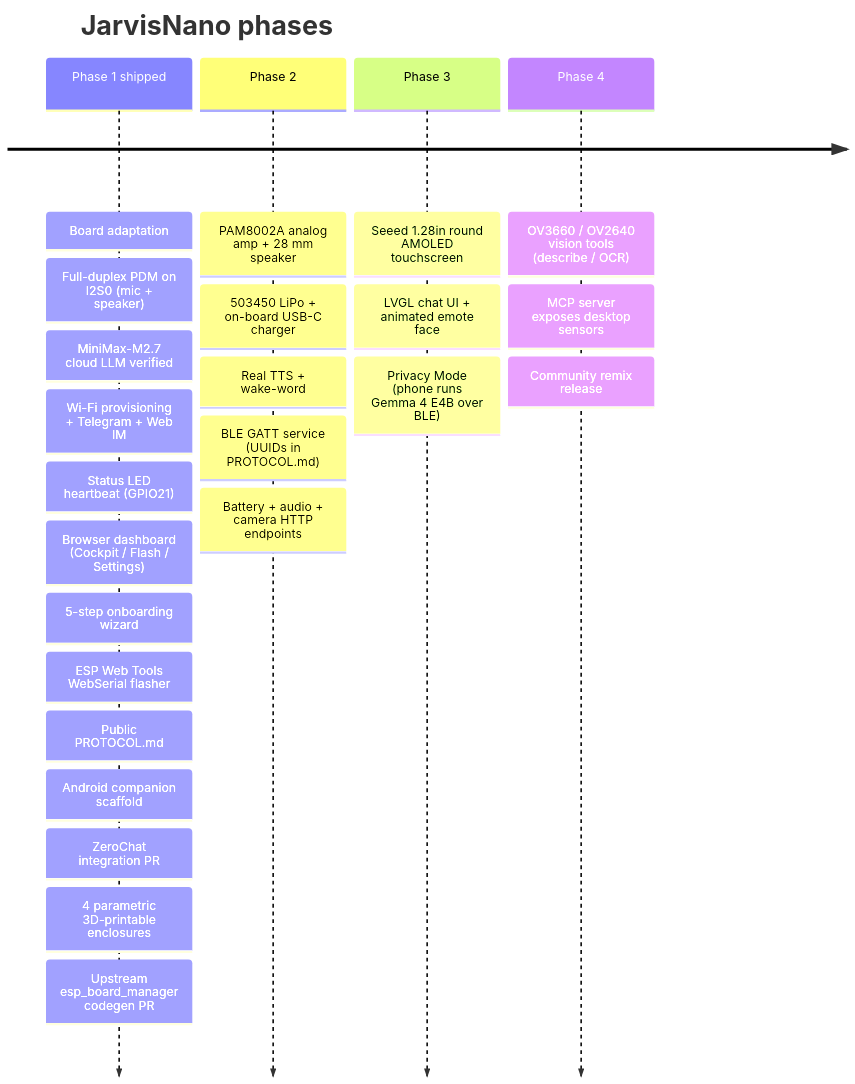
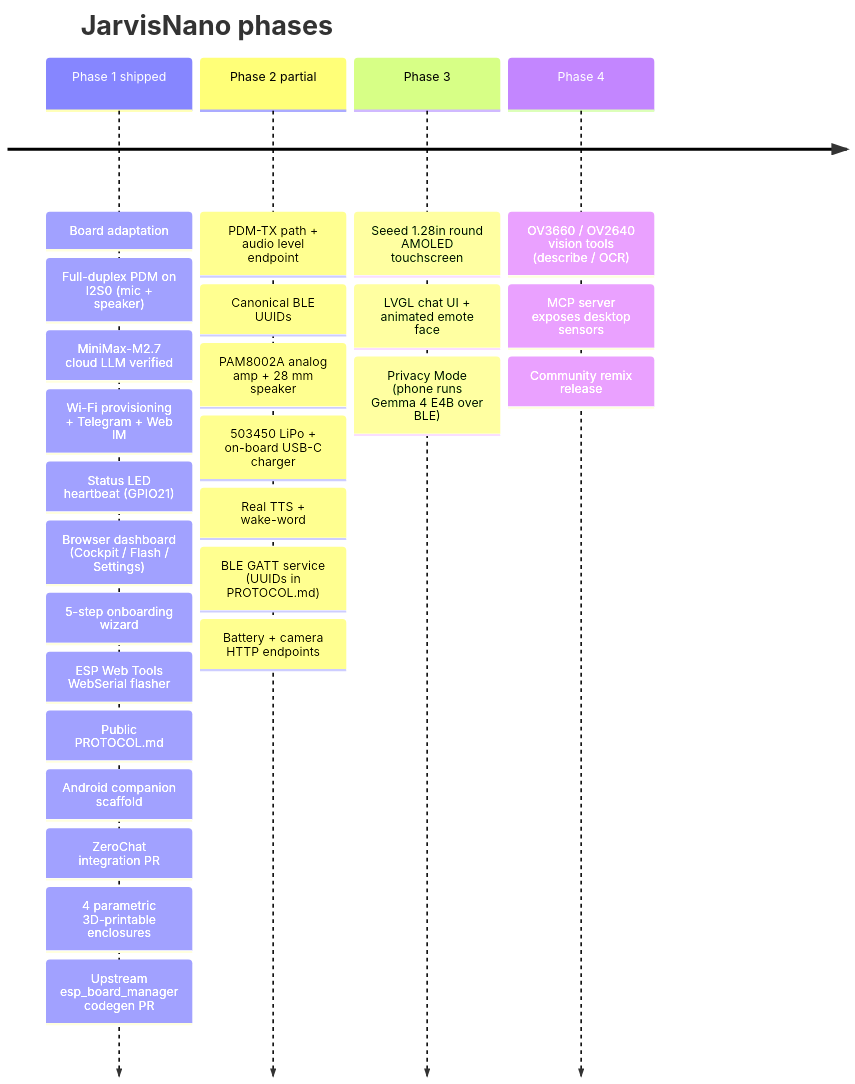
One commit to PascalAI2024/JarvisNano changed the second of 2 diagrams in README.md. Above: the diagram before and after it, drawn with Mermaid. The commit also changed other lines of this file and 43 other files, not shown here.

````diff
--- a/README.md
+++ b/README.md
@@ -215,28 +219,30 @@
 ```mermaid
 timeline
     title JarvisNano phases
     Phase 1 shipped : Board adaptation
                     : Full-duplex PDM on I2S0 (mic + speaker)
                     : MiniMax-M2.7 cloud LLM verified
                     : Wi-Fi provisioning + Telegram + Web IM
                     : Status LED heartbeat (GPIO21)
                     : Browser dashboard (Cockpit / Flash / Settings)
                     : 5-step onboarding wizard
                     : ESP Web Tools WebSerial flasher
                     : Public PROTOCOL.md
                     : Android companion scaffold
                     : ZeroChat integration PR
                     : 4 parametric 3D-printable enclosures
                     : Upstream esp_board_manager codegen PR
-    Phase 2         : PAM8002A analog amp + 28 mm speaker
+    Phase 2 partial : PDM-TX path + audio level endpoint
+                    : Canonical BLE UUIDs
+                    : PAM8002A analog amp + 28 mm speaker
                     : 503450 LiPo + on-board USB-C charger
                     : Real TTS + wake-word
                     : BLE GATT service (UUIDs in PROTOCOL.md)
-                    : Battery + audio + camera HTTP endpoints
+                    : Battery + camera HTTP endpoints
     Phase 3         : Seeed 1.28in round AMOLED touchscreen
                     : LVGL chat UI + animated emote face
                     : Privacy Mode (phone runs Gemma 4 E4B over BLE)
     Phase 4         : OV3660 / OV2640 vision tools (describe / OCR)
                     : MCP server exposes desktop sensors
                     : Community remix release
 ```
````
